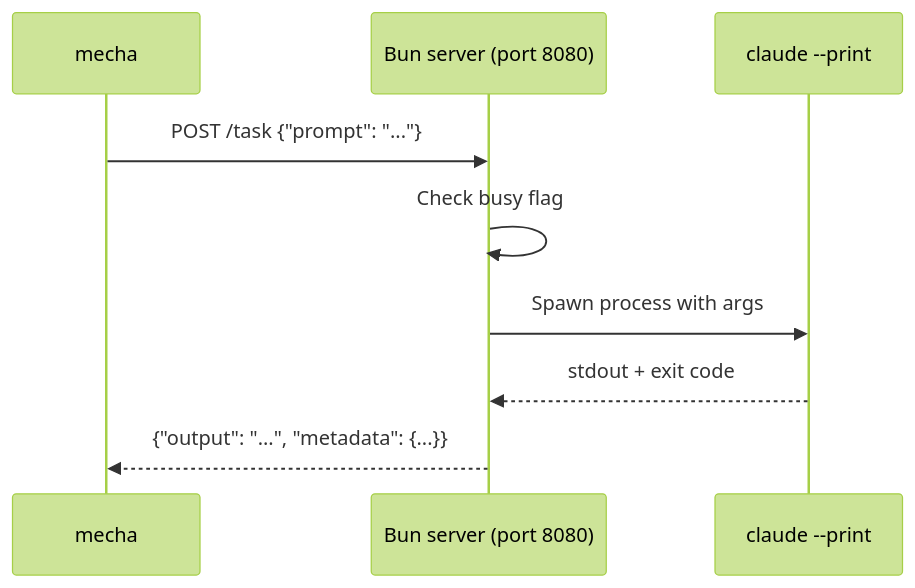
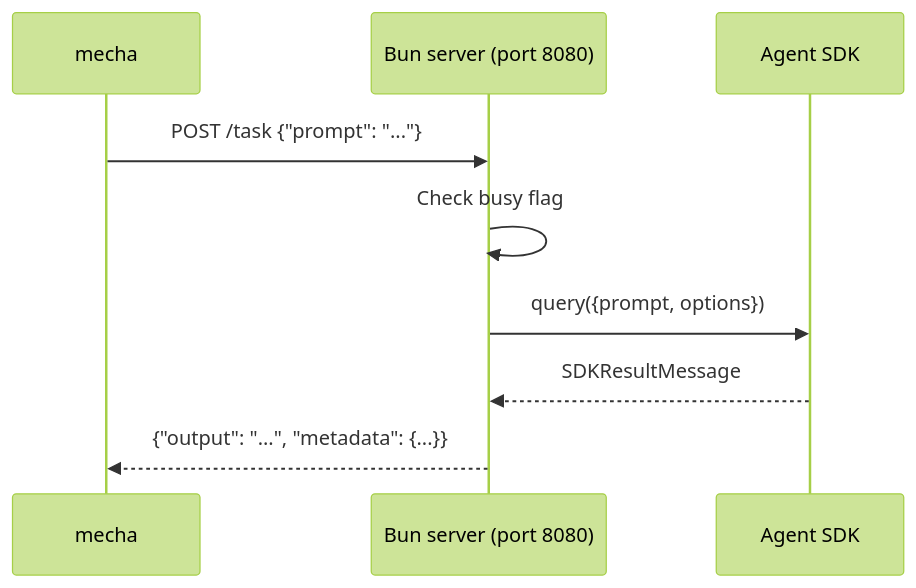
One commit to xiaolai/mecha.im changed the second of 5 diagrams in docs/guide/architecture.md. Above: the diagram before and after it, drawn with Mermaid (forest theme). The commit also changed other lines of this file and 5 other files, not shown here.

````diff
--- a/docs/guide/architecture.md
+++ b/docs/guide/architecture.md
@@ -48,12 +51,12 @@
 ```mermaid
 sequenceDiagram
     participant M as mecha
     participant S as Bun server (port 8080)
-    participant C as claude --print
+    participant SDK as Agent SDK
 
     M->>S: POST /task {"prompt": "..."}
     S->>S: Check busy flag
-    S->>C: Spawn process with args
-    C-->>S: stdout + exit code
+    S->>SDK: query({prompt, options})
+    SDK-->>S: SDKResultMessage
     S-->>M: {"output": "...", "metadata": {...}}
 ```
````
